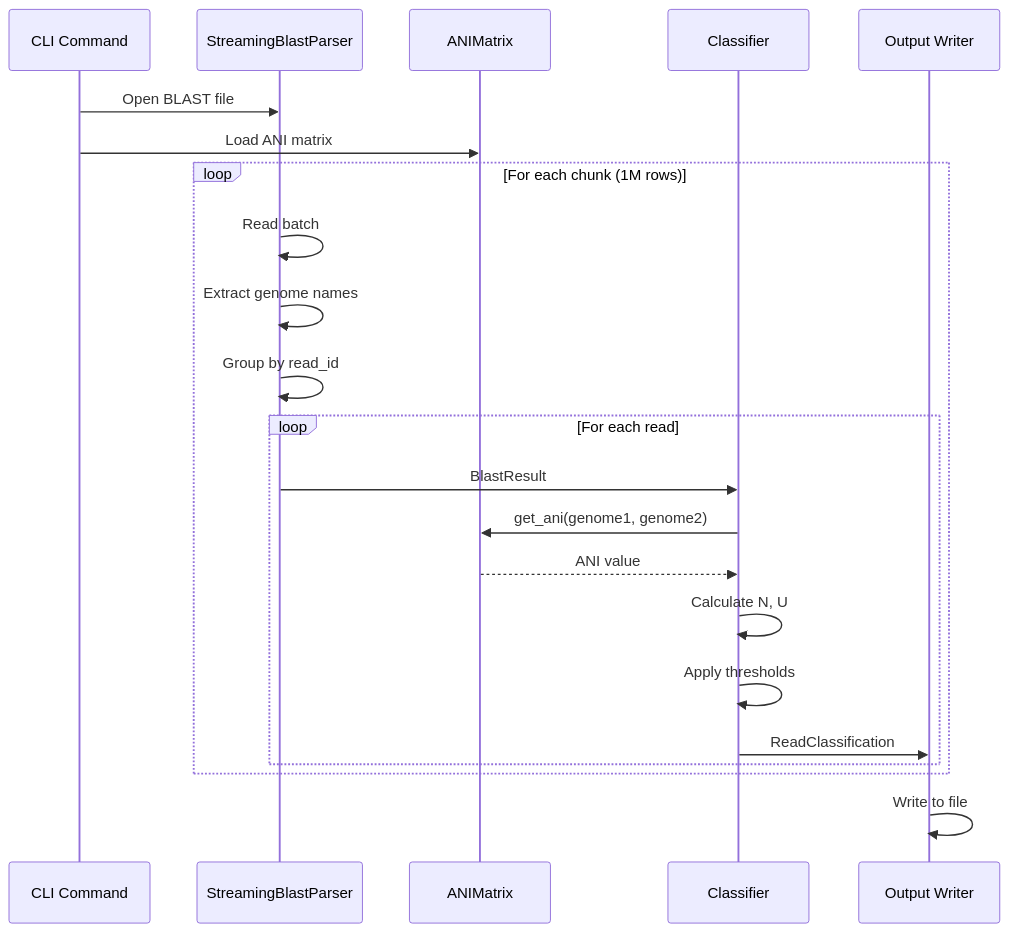
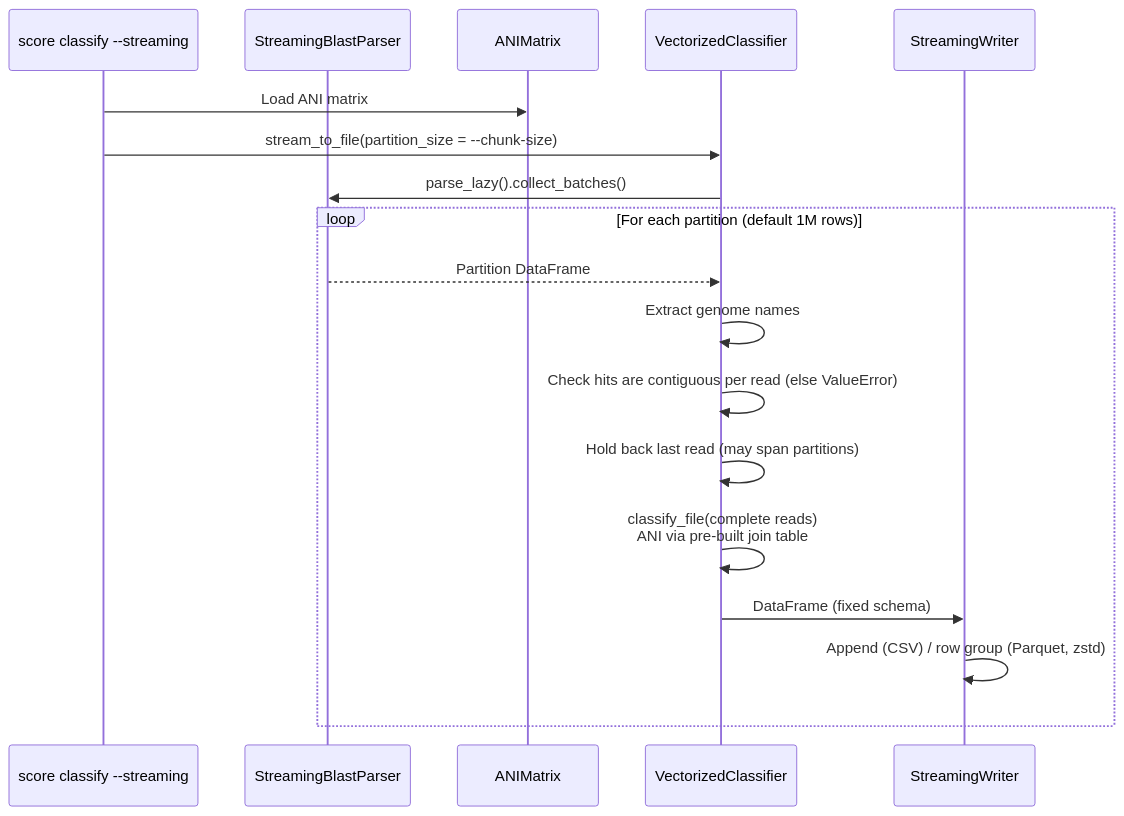
Before and after one commit to FOI-Bioinformatics/metadarkmatter: the fourth of 20 diagrams in docs/ARCHITECTURE.md, drawn with Mermaid. The commit also changed other lines of this file and 3 other files, not shown here.

````diff
--- a/docs/ARCHITECTURE.md
+++ b/docs/ARCHITECTURE.md
@@ -171,28 +194,22 @@
 ```mermaid
 sequenceDiagram
-    participant CLI as CLI Command
+    participant CLI as score classify --streaming
     participant Parser as StreamingBlastParser
     participant ANI as ANIMatrix
-    participant Classifier as Classifier
-    participant Writer as Output Writer
+    participant Classifier as VectorizedClassifier
+    participant Writer as StreamingWriter
 
-    CLI->>Parser: Open BLAST file
     CLI->>ANI: Load ANI matrix
+    CLI->>Classifier: stream_to_file(partition_size = --chunk-size)
+    Classifier->>Parser: parse_lazy().collect_batches()
 
-    loop For each chunk (1M rows)
-        Parser->>Parser: Read batch
-        Parser->>Parser: Extract genome names
-        Parser->>Parser: Group by read_id
-
-        loop For each read
-            Parser->>Classifier: BlastResult
-            Classifier->>ANI: get_ani(genome1, genome2)
-            ANI-->>Classifier: ANI value
-            Classifier->>Classifier: Calculate N, U
-            Classifier->>Classifier: Apply thresholds
-            Classifier->>Writer: ReadClassification
-        end
+    loop For each partition (default 1M rows)
+        Parser-->>Classifier: Partition DataFrame
+        Classifier->>Classifier: Extract genome names
+        Classifier->>Classifier: Check hits are contiguous per read (else ValueError)
+        Classifier->>Classifier: Hold back last read (may span partitions)
+        Classifier->>Classifier: classify_file(complete reads)<br/>ANI via pre-built join table
+        Classifier->>Writer: DataFrame (fixed schema)
+        Writer->>Writer: Append (CSV) / row group (Parquet, zstd)
     end
-
-    Writer->>Writer: Write to file
 ```
````
